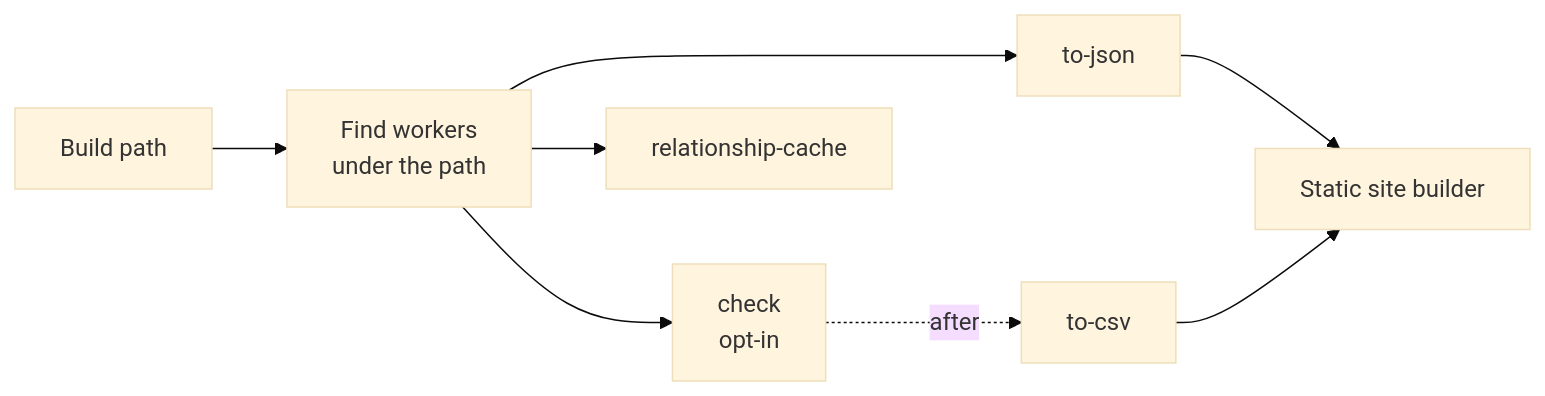
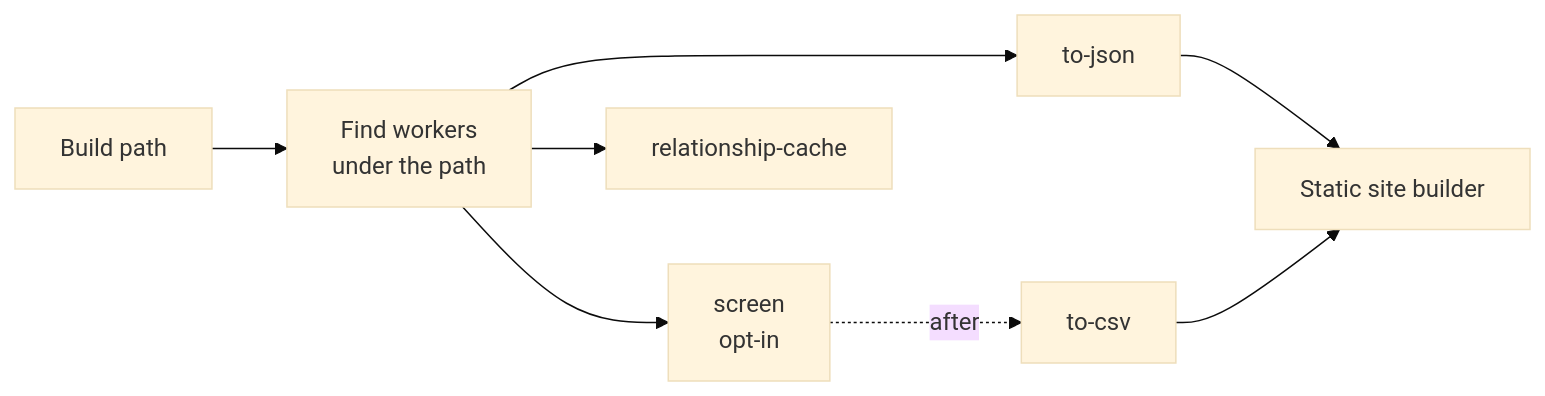
Before and after one commit to bristweb/yafidb: the fourth of 5 diagrams in docs/architecture.md, drawn with Mermaid (base theme). The commit also changed other lines of this file and 29 other files, not shown here.

First line of the commit message:
Rename check to screen

````diff
--- a/docs/architecture.md
+++ b/docs/architecture.md
@@ -127,10 +127,10 @@
 ```mermaid
 flowchart LR
     P[Build path] --> D[Find workers<br/>under the path]
-    D --> K[check<br/>opt-in]
+    D --> K[screen<br/>opt-in]
     D --> J[to-json]
     K -.after.-> C[to-csv]
     D --> R[relationship-cache]
     J --> S[Static site builder]
     C --> S
 ```
````
